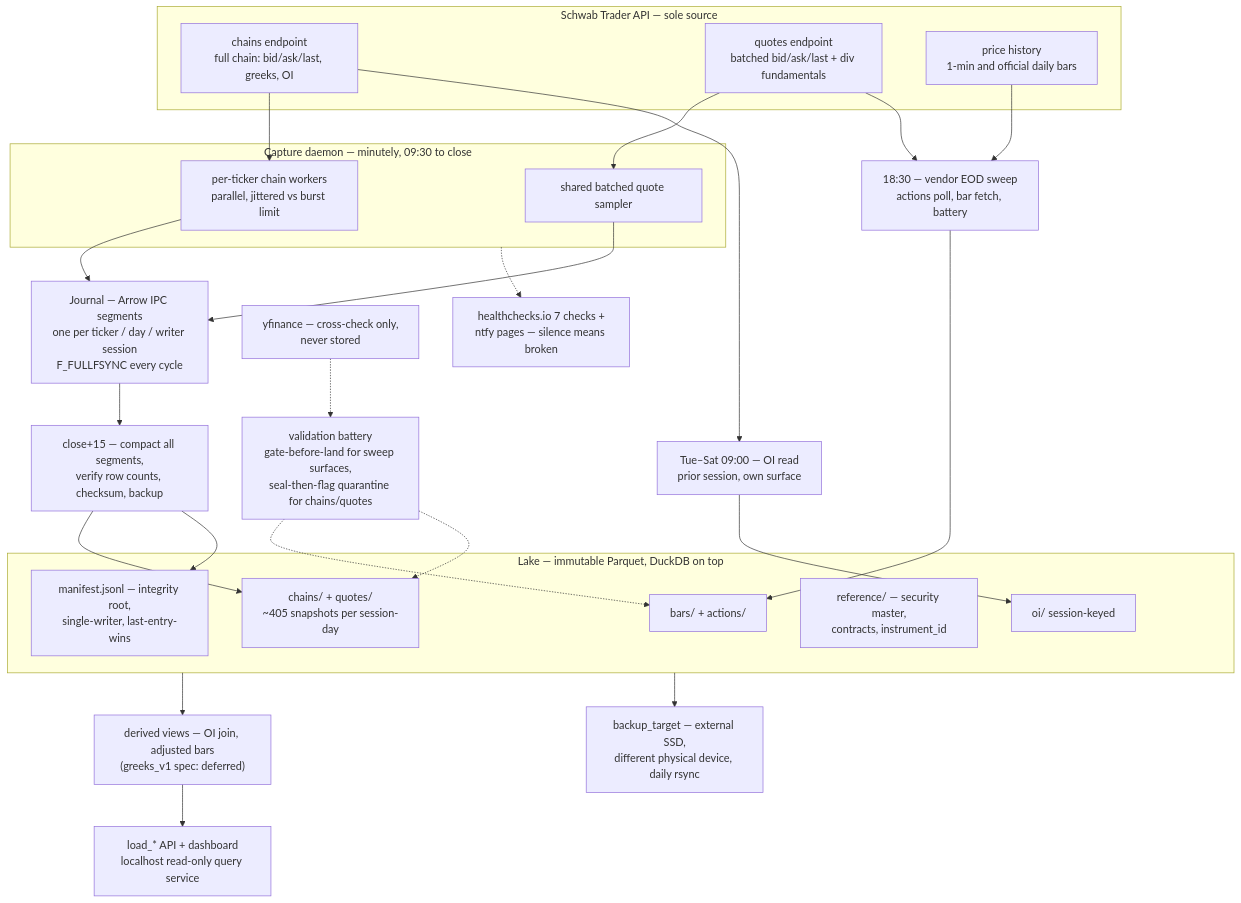
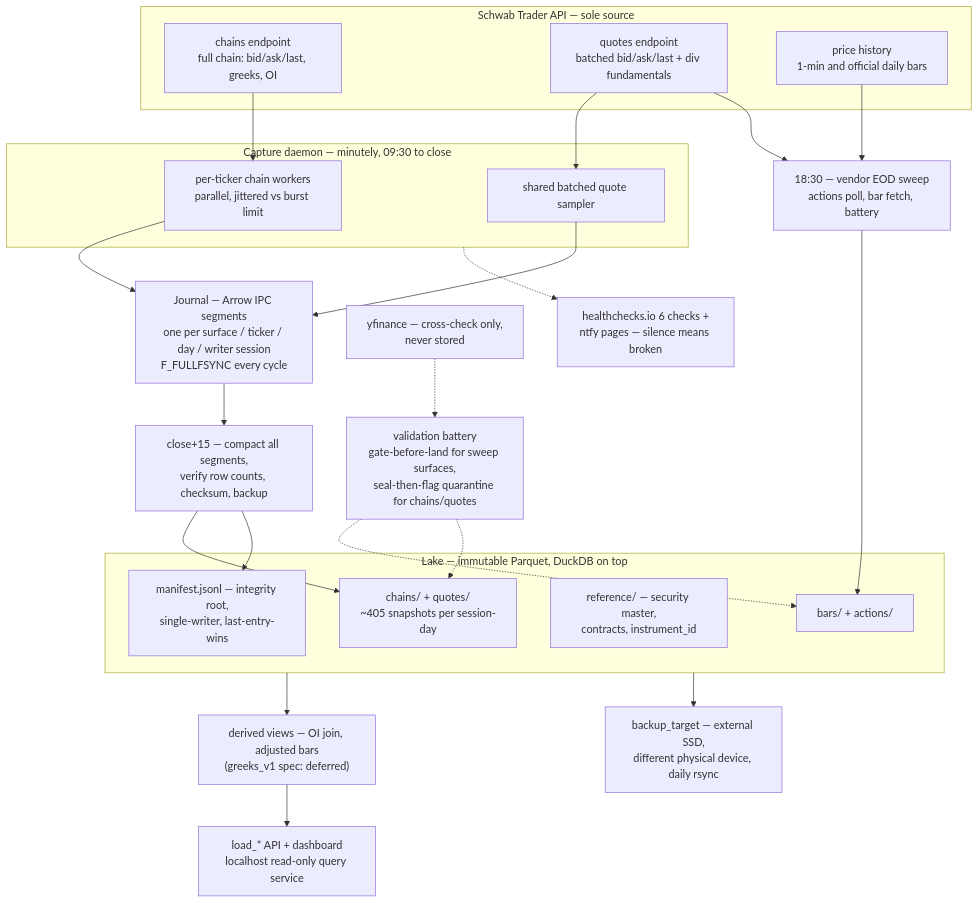
Before and after one commit to l3a0/marketlake: the diagram in docs/design.md, drawn with Mermaid. The commit also changed other lines of this file and 1 other file, not shown here.

````diff
--- a/docs/design.md
+++ b/docs/design.md
@@ -40,54 +40,50 @@
 ```mermaid
 flowchart TB
   subgraph SCHWAB["Schwab Trader API — sole source"]
     CH["chains endpoint<br/>full chain: bid/ask/last, greeks, OI"]
     QT["quotes endpoint<br/>batched bid/ask/last + div fundamentals"]
     PH["price history<br/>1-min and official daily bars"]
   end
 
   subgraph CAP["Capture daemon — minutely, 09:30 to close"]
     W["per-ticker chain workers<br/>parallel, jittered vs burst limit"]
     QS["shared batched quote sampler"]
   end
 
-  J["Journal — Arrow IPC segments<br/>one per ticker / day / writer session<br/>F_FULLFSYNC every cycle"]
+  J["Journal — Arrow IPC segments<br/>one per surface / ticker / day / writer session<br/>F_FULLFSYNC every cycle"]
 
   CMP["close+15 — compact all segments,<br/>verify row counts, checksum, backup"]
   SWP["18:30 — vendor EOD sweep<br/>actions poll, bar fetch, battery"]
-  OIJ["Tue–Sat 09:00 — OI read<br/>prior session, own surface"]
 
   subgraph LAKE["Lake — immutable Parquet, DuckDB on top"]
     CP["chains/ + quotes/<br/>~405 snapshots per session-day"]
     BP["bars/ + actions/"]
-    OP["oi/ session-keyed"]
     RP["reference/ — security master,<br/>contracts, instrument_id"]
     MF["manifest.jsonl — integrity root,<br/>single-writer, last-entry-wins"]
   end
 
   BAT["validation battery<br/>gate-before-land for sweep surfaces,<br/>seal-then-flag quarantine for chains/quotes"]
   YF["yfinance — cross-check only,<br/>never stored"]
   BK["backup_target — external SSD,<br/>different physical device, daily rsync"]
   DV["derived views — OI join, adjusted bars<br/>(greeks_v1 spec: deferred)"]
   RD["load_* API + dashboard<br/>localhost read-only query service"]
-  MON["healthchecks.io 7 checks +<br/>ntfy pages — silence means broken"]
+  MON["healthchecks.io 6 checks +<br/>ntfy pages — silence means broken"]
 
   CH --> W
   QT --> QS
   W --> J
   QS --> J
   J --> CMP
   CMP --> CP
   CMP --> MF
   PH --> SWP
   QT --> SWP
   SWP --> BP
-  CH --> OIJ
-  OIJ --> OP
   YF -.-> BAT
   BAT -.-> BP
   BAT -.-> CP
   LAKE --> DV
   DV --> RD
   LAKE --> BK
   CAP -.-> MON
 ```
````
